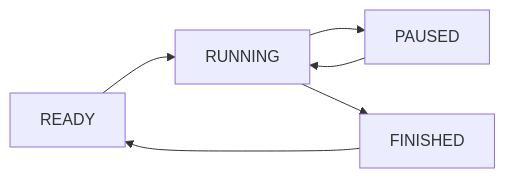
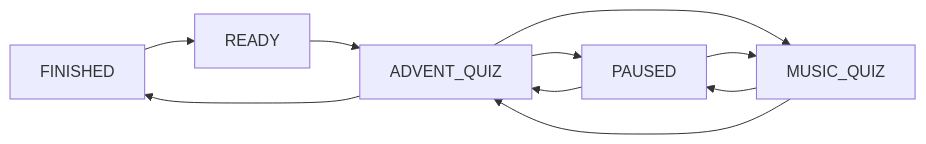
The first of 2 diagrams in Game States.md (TristanAlbers/christmas-quiz), drawn with Mermaid before and after one commit. The commit also changed other lines of this file and 3 other files, not shown here.

````diff
--- a/Game States.md
+++ b/Game States.md
@@ -11,8 +11,12 @@
 ```mermaid
 flowchart LR
-READY --> RUNNING
-RUNNING --> PAUSED
-PAUSED --> RUNNING
-RUNNING --> FINISHED
 FINISHED --> READY
+READY --> ADVENT_QUIZ
+ADVENT_QUIZ --> PAUSED
+MUSIC_QUIZ --> PAUSED
+ADVENT_QUIZ --> MUSIC_QUIZ
+PAUSED --> ADVENT_QUIZ
+PAUSED --> MUSIC_QUIZ
+MUSIC_QUIZ --> ADVENT_QUIZ
+ADVENT_QUIZ --> FINISHED
 ```
````
